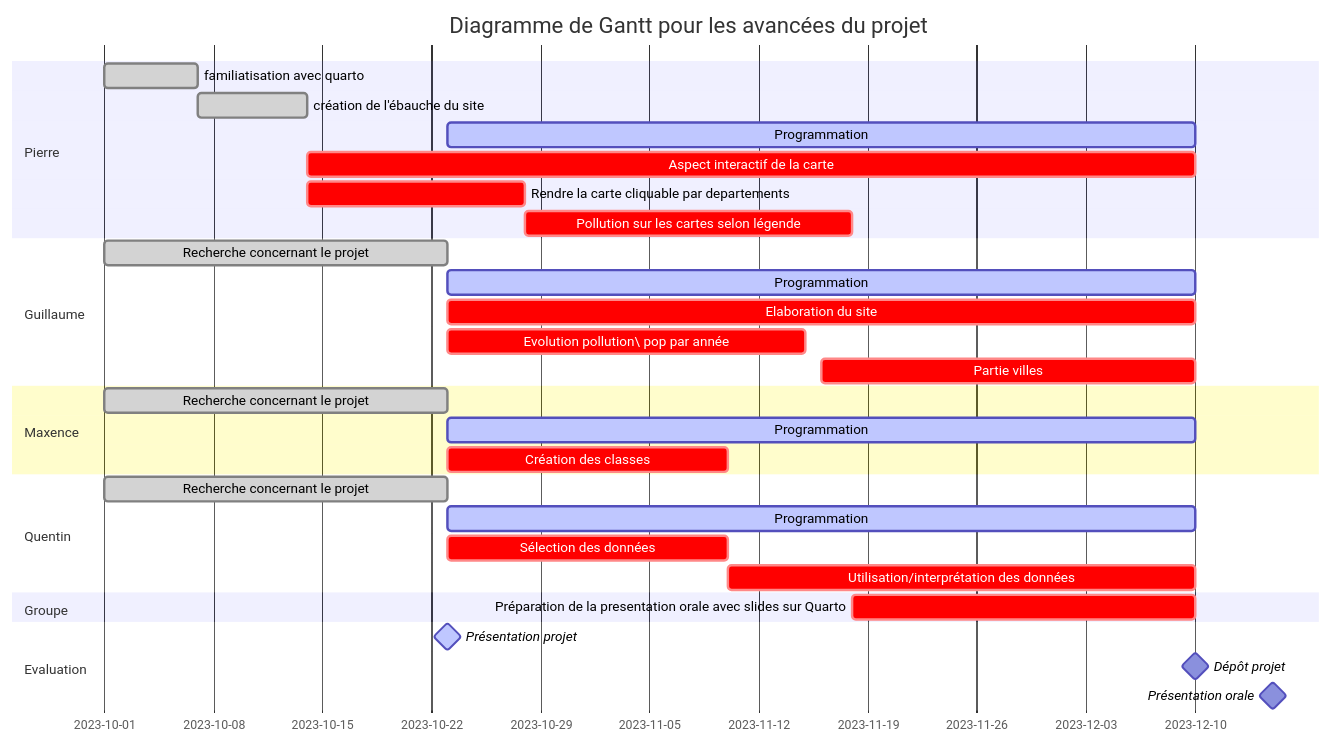
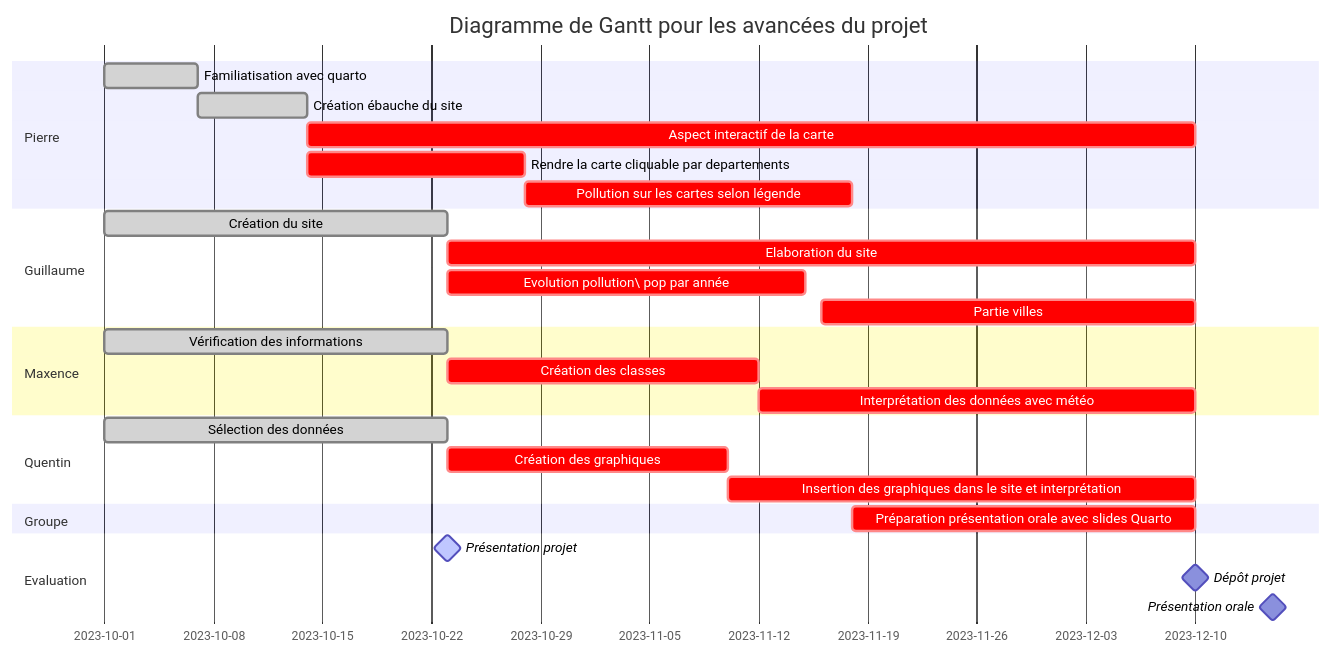
The diagram in roadmap/README.qmd (guibouland/GroupProject), drawn with Mermaid before and after one commit. The commit also changed other lines of this file and 1 other file, not shown here.

Commit message:
modification du diagramme de Gantt et relecture

````diff
--- a/roadmap/README.qmd
+++ b/roadmap/README.qmd
@@ -29,40 +29,37 @@
 ```{mermaid}
     gantt
         dateFormat YYYY-MM-DD
         title Diagramme de Gantt pour les avancées du projet
         
-        %% Ceci est provisoire
         section Pierre
-            familiatisation avec quarto  : done,     2023-10-01, 2023-10-07
-            création de l'ébauche du site : done,   2023-10-07, 2023-10-14
-            Programmation : active,         2023-10-23, 2023-12-10
+            Familiatisation avec quarto  : done,     2023-10-01, 2023-10-07
+            Création ébauche du site : done,   2023-10-07, 2023-10-14
             Aspect interactif de la carte : crit,         2023-10-14, 2023-12-10
             Rendre la carte cliquable par departements : crit,  2023-10-14, 2023-10-28
             Pollution sur les cartes selon légende : crit, 2023-10-28, 2023-11-18
             
         section Guillaume
-            Recherche concernant le projet  : done,     2023-10-01, 2023-10-23
-            Programmation : active,         2023-10-23, 2023-12-10
+            Création du site  : done,     2023-10-01, 2023-10-23
             Elaboration du site : crit,         2023-10-23, 2023-12-10
             Evolution pollution\ pop par année: crit,    2023-10-23, 2023-11-15
             Partie villes: crit,  2023-11-16, 2023-12-10
             
         section Maxence
-            Recherche concernant le projet : done,     2023-10-01, 2023-10-23
-            Programmation : active,         2023-10-23, 2023-12-10
-            Création des classes : crit,         2023-10-23, 2023-11-10
+            Vérification des informations : done,     2023-10-01, 2023-10-23
+            Création des classes : crit,         2023-10-23, 2023-11-12
+            Interprétation des données avec météo : crit, 2023-11-12, 2023-12-10
             
         section Quentin
-            Recherche concernant le projet : done,     2023-10-01, 2023-10-23
-            Programmation : active,         2023-10-23, 2023-12-10
-            Sélection des données : crit,         2023-10-23, 2023-11-10
-            Utilisation/interprétation des données : crit,         2023-11-10, 2023-12-10
+            Sélection des données : done,     2023-10-01, 2023-10-23
+            Création des graphiques : crit,         2023-10-23, 2023-11-10
+            Insertion des graphiques dans le site et interprétation : crit,         2023-11-10, 2023-12-10
+            
         section Groupe
-            Préparation de la presentation orale avec slides sur Quarto : crit, 2023-11-18, 2023-12-10
+            Préparation présentation orale avec slides Quarto : crit, 2023-11-18, 2023-12-10
         
         section Evaluation
             Présentation projet : active, milestone,     2023-10-23, 2023-10-23
             Dépôt projet : milestone,     2023-12-10, 2023-12-10
             Présentation orale : milestone,     2023-12-15, 2023-12-15
 
 ```
````
